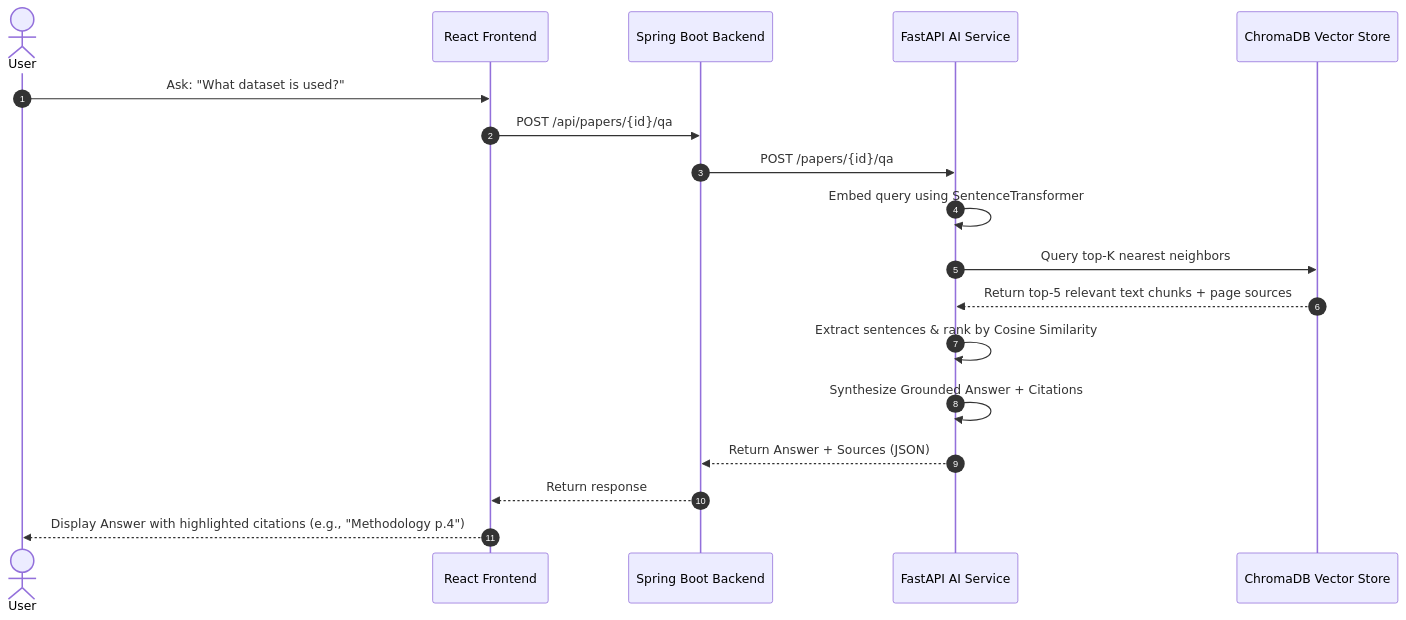
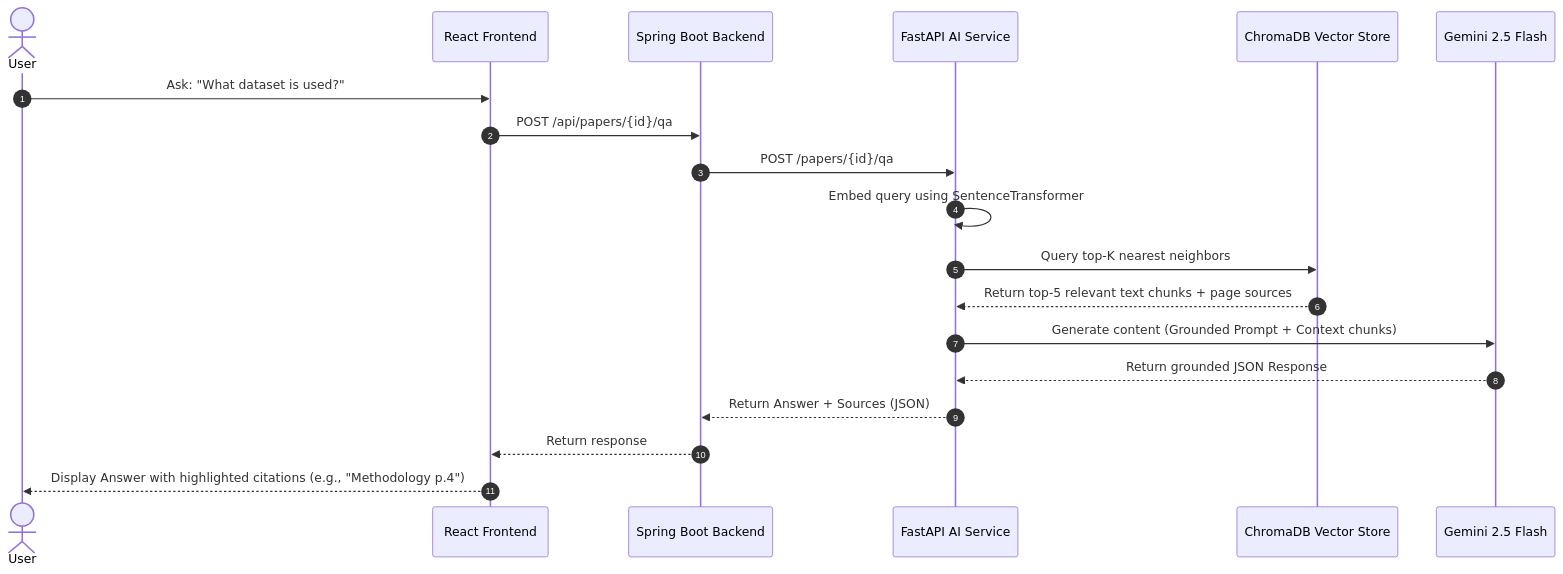
Before and after one commit to jatin855/ResearchBuddy-AI: the third of 3 diagrams in README.md, drawn with Mermaid. The commit also changed other lines of this file and 13 other files, not shown here.

````diff
--- a/README.md
+++ b/README.md
@@ -65,21 +65,22 @@
 ```mermaid
 sequenceDiagram
     autonumber
     actor User
     participant FE as React Frontend
     participant BE as Spring Boot Backend
     participant AI as FastAPI AI Service
     participant VDB as ChromaDB Vector Store
+    participant Gem as Gemini 2.5 Flash
 
     User->>FE: Ask: "What dataset is used?"
     FE->>BE: POST /api/papers/{id}/qa
     BE->>AI: POST /papers/{id}/qa
     AI->>AI: Embed query using SentenceTransformer
     AI->>VDB: Query top-K nearest neighbors
     VDB-->>AI: Return top-5 relevant text chunks + page sources
-    AI->>AI: Extract sentences & rank by Cosine Similarity
-    AI->>AI: Synthesize Grounded Answer + Citations
+    AI->>Gem: Generate content (Grounded Prompt + Context chunks)
+    Gem-->>AI: Return grounded JSON Response
     AI-->>BE: Return Answer + Sources (JSON)
     BE-->>FE: Return response
     FE-->>User: Display Answer with highlighted citations (e.g., "Methodology p.4")
 ```
````
